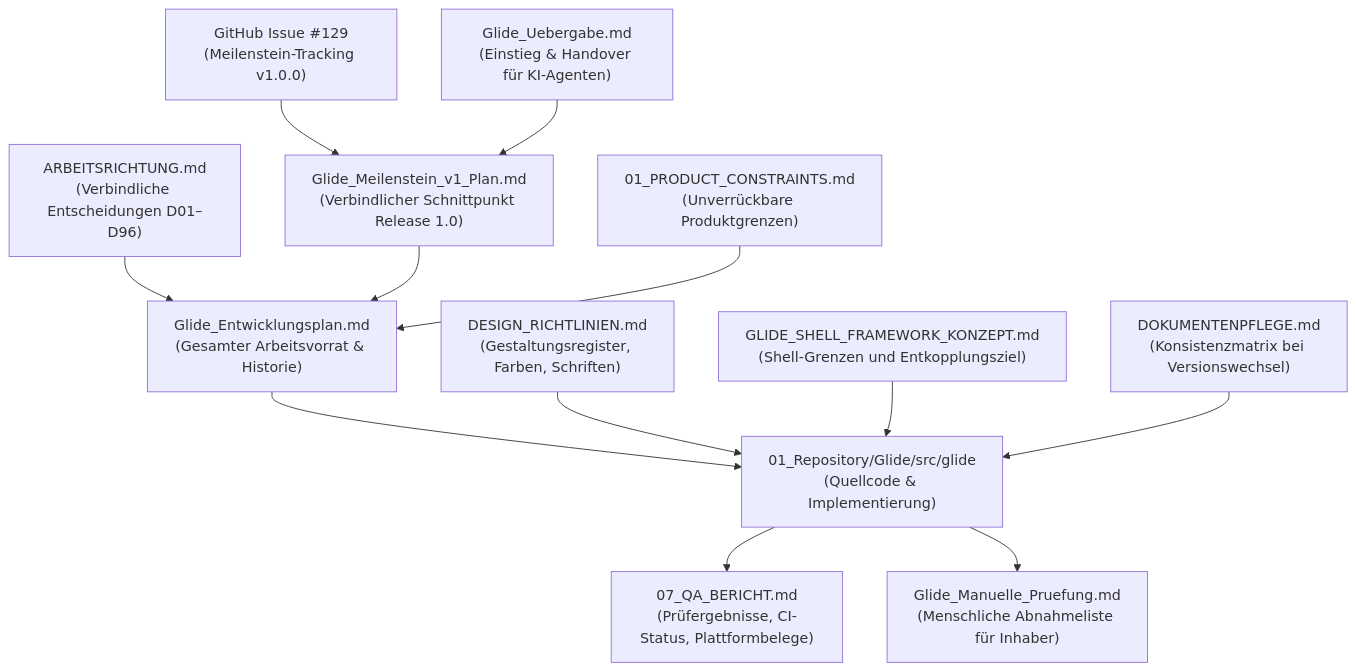
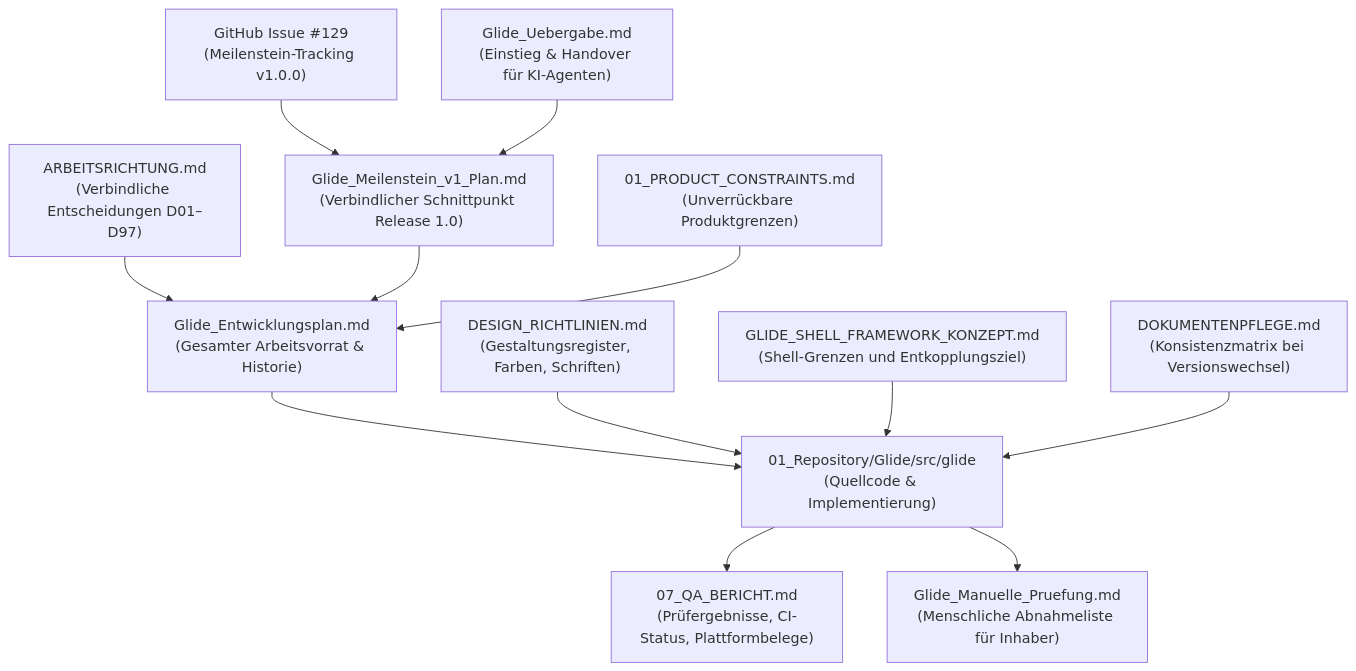
Before and after one commit to n05a-design/glide-to-do: the first of 2 diagrams in 00_Arbeitsvorbereitung/Glide_Uebergabe.md, drawn with Mermaid. The commit also changed other lines of this file and 30 other files, not shown here.

````diff
--- a/00_Arbeitsvorbereitung/Glide_Uebergabe.md
+++ b/00_Arbeitsvorbereitung/Glide_Uebergabe.md
@@ -66,14 +66,14 @@
 ```mermaid
 flowchart TD
-    AR["ARBEITSRICHTUNG.md<br/>(Verbindliche Entscheidungen D01–D96)"] --> EP["Glide_Entwicklungsplan.md<br/>(Gesamter Arbeitsvorrat & Historie)"]
+    AR["ARBEITSRICHTUNG.md<br/>(Verbindliche Entscheidungen D01–D97)"] --> EP["Glide_Entwicklungsplan.md<br/>(Gesamter Arbeitsvorrat & Historie)"]
     MPLAN["Glide_Meilenstein_v1_Plan.md<br/>(Verbindlicher Schnittpunkt Release 1.0)"] --> EP
     ISSUE["GitHub Issue #129<br/>(Meilenstein-Tracking v1.0.0)"] --> MPLAN
     PC["01_PRODUCT_CONSTRAINTS.md<br/>(Unverrückbare Produktgrenzen)"] --> EP
     EP --> PROD["01_Repository/Glide/src/glide<br/>(Quellcode & Implementierung)"]
     DR["DESIGN_RICHTLINIEN.md<br/>(Gestaltungsregister, Farben, Schriften)"] --> PROD
     SK["GLIDE_SHELL_FRAMEWORK_KONZEPT.md<br/>(Shell-Grenzen und Entkopplungsziel)"] --> PROD
     PROD --> QA["07_QA_BERICHT.md<br/>(Prüfergebnisse, CI-Status, Plattformbelege)"]
     PROD --> MAN["Glide_Manuelle_Pruefung.md<br/>(Menschliche Abnahmeliste für Inhaber)"]
     DP["DOKUMENTENPFLEGE.md<br/>(Konsistenzmatrix bei Versionswechsel)"] --> PROD
     UEB["Glide_Uebergabe.md<br/>(Einstieg & Handover für KI-Agenten)"] --> MPLAN
 ```
````
